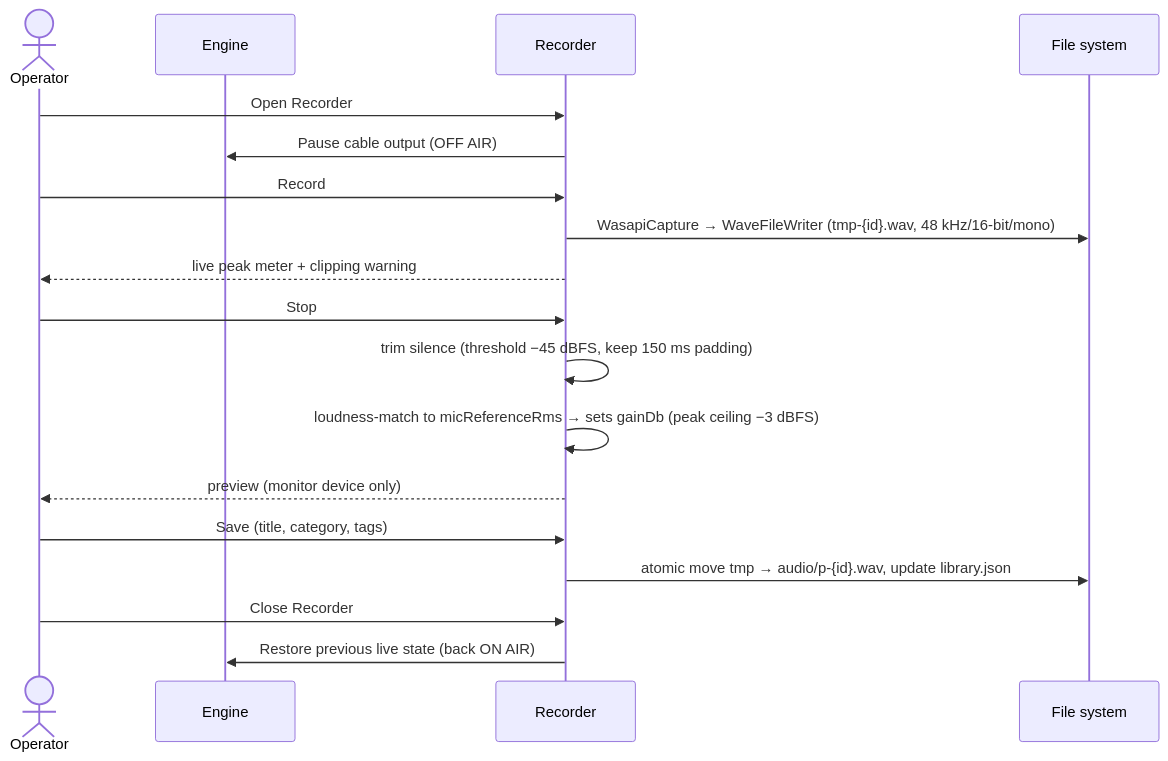
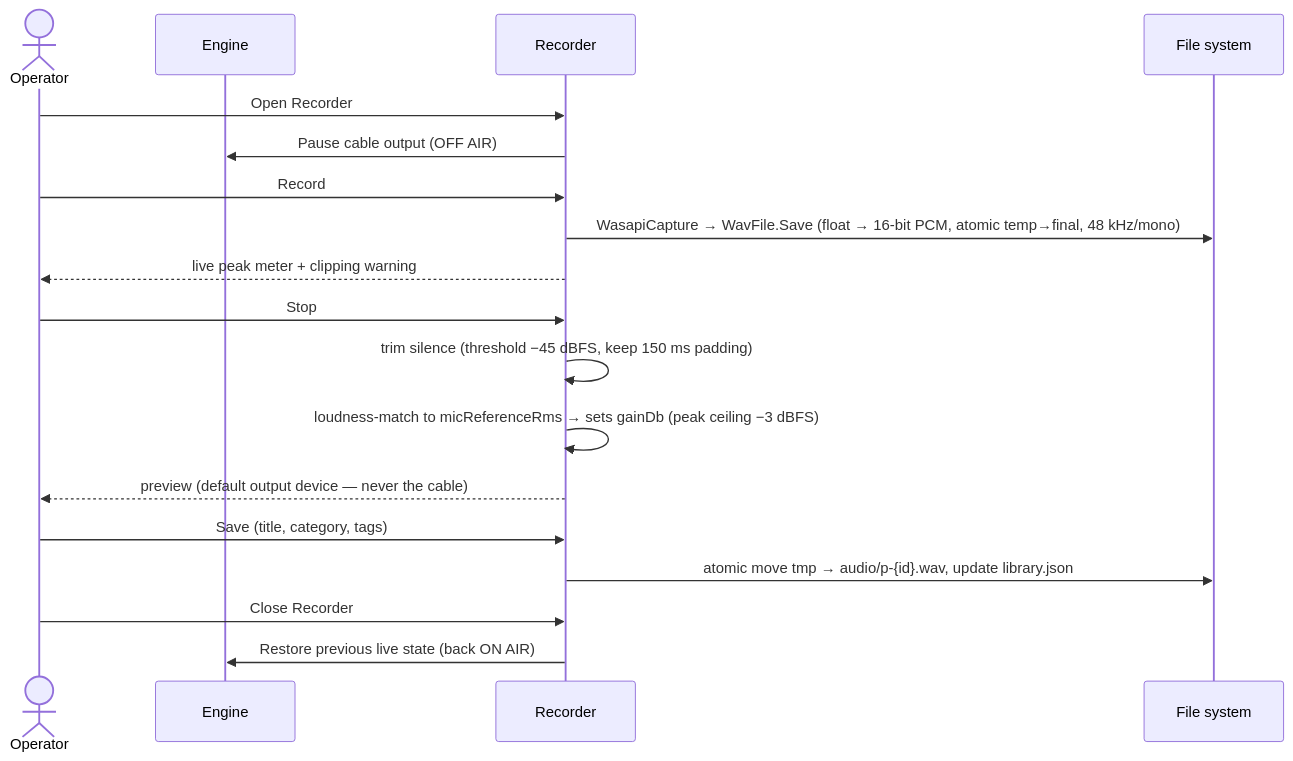
Before and after one commit to olehserv/ada-voice: the third of 3 diagrams in docs/design/06-audio-engine.md, drawn with Mermaid. The commit also changed other lines of this file and 48 other files, not shown here.

````diff
--- a/docs/design/06-audio-engine.md
+++ b/docs/design/06-audio-engine.md
@@ -115,21 +121,21 @@
 ```mermaid
 sequenceDiagram
     actor Op as Operator
     participant E as Engine
     participant R as Recorder
     participant FS as File system
 
     Op->>R: Open Recorder
     R->>E: Pause cable output (OFF AIR)
     Op->>R: Record
-    R->>FS: WasapiCapture → WaveFileWriter (tmp-{id}.wav, 48 kHz/16-bit/mono)
+    R->>FS: WasapiCapture → WavFile.Save (float → 16-bit PCM, atomic temp→final, 48 kHz/mono)
     R-->>Op: live peak meter + clipping warning
     Op->>R: Stop
     R->>R: trim silence (threshold −45 dBFS, keep 150 ms padding)
     R->>R: loudness-match to micReferenceRms → sets gainDb (peak ceiling −3 dBFS)
-    R-->>Op: preview (monitor device only)
+    R-->>Op: preview (default output device — never the cable)
     Op->>R: Save (title, category, tags)
     R->>FS: atomic move tmp → audio/p-{id}.wav, update library.json
     Op->>R: Close Recorder
     R->>E: Restore previous live state (back ON AIR)
 ```
````
